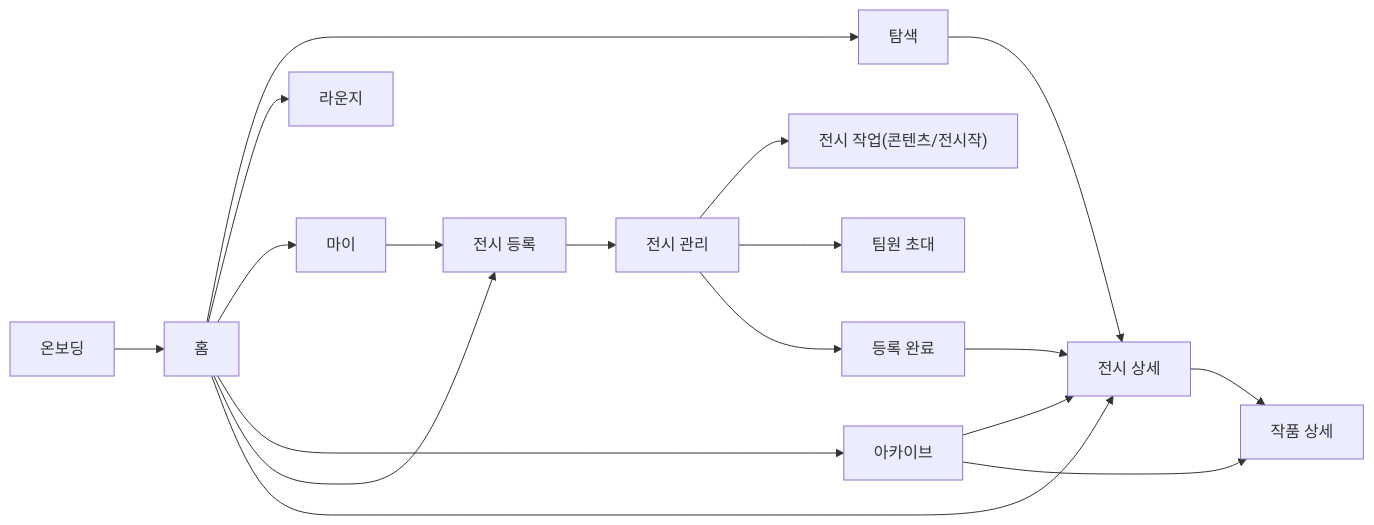
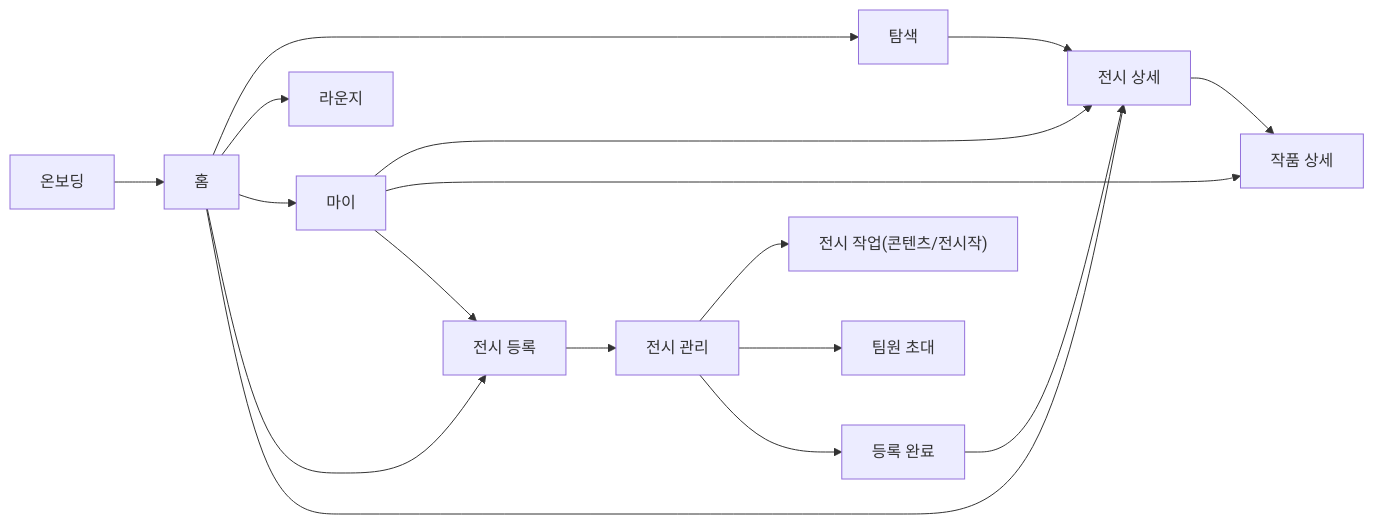
One commit to UMC-DISPLAYU/Frontend changed the diagram in README.md. Above: the diagram before and after it, drawn with Mermaid. The commit also changed other lines of this file, not shown here.

````diff
--- a/README.md
+++ b/README.md
@@ -105,27 +107,25 @@
 ```mermaid
 flowchart LR
     Onboard["온보딩"] --> Home["홈"]
 
     Home --> Explore["탐색"]
     Home --> Lounge["라운지"]
     Home --> My["마이"]
-    Home --> Archive["아카이브"]
     Home --> ExhCreate["전시 등록"]
 
     Explore --> ExhDetail["전시 상세"]
     Home --> ExhDetail
 
-    Archive --> ExhDetail
-    Archive --> ArtDetail["작품 상세"]
+    My --> ExhDetail
+    My --> ArtDetail["작품 상세"]
+    My --> ExhCreate
 
     ExhDetail --> ArtDetail
-
-    My --> ExhCreate
 
     ExhCreate --> ExhManage["전시 관리"]
     ExhManage --> ExhWork["전시 작업(콘텐츠/전시작)"]
     ExhManage --> Team["팀원 초대"]
     ExhManage --> Publish["등록 완료"]
 
     Publish --> ExhDetail
 ```
````
